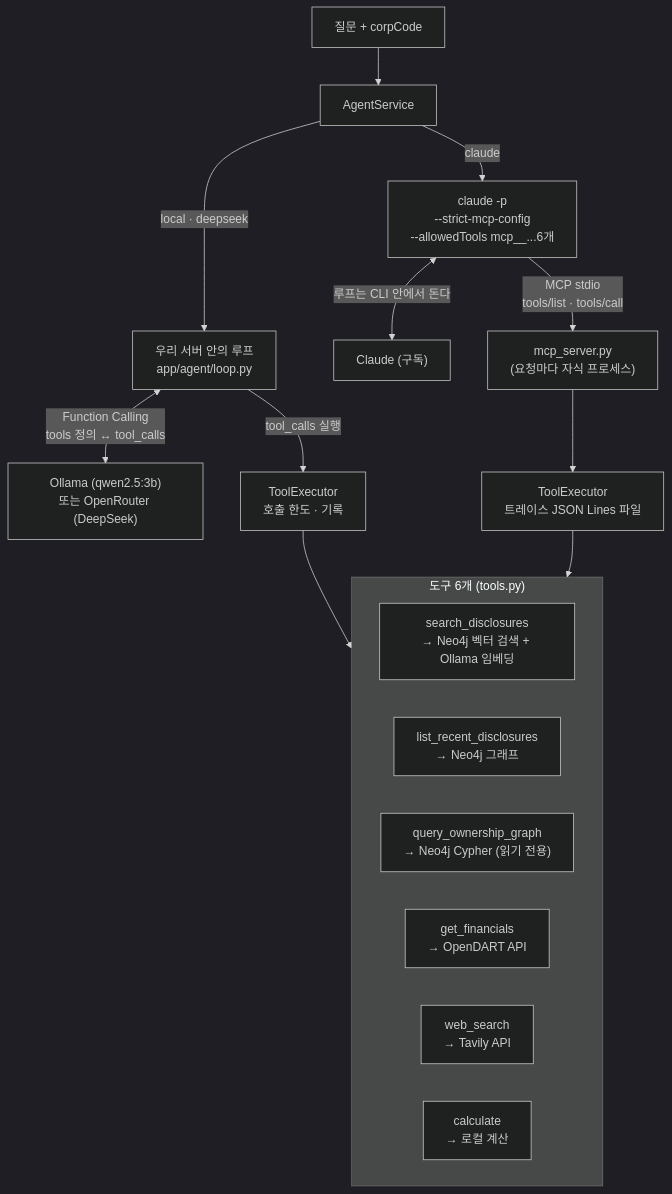
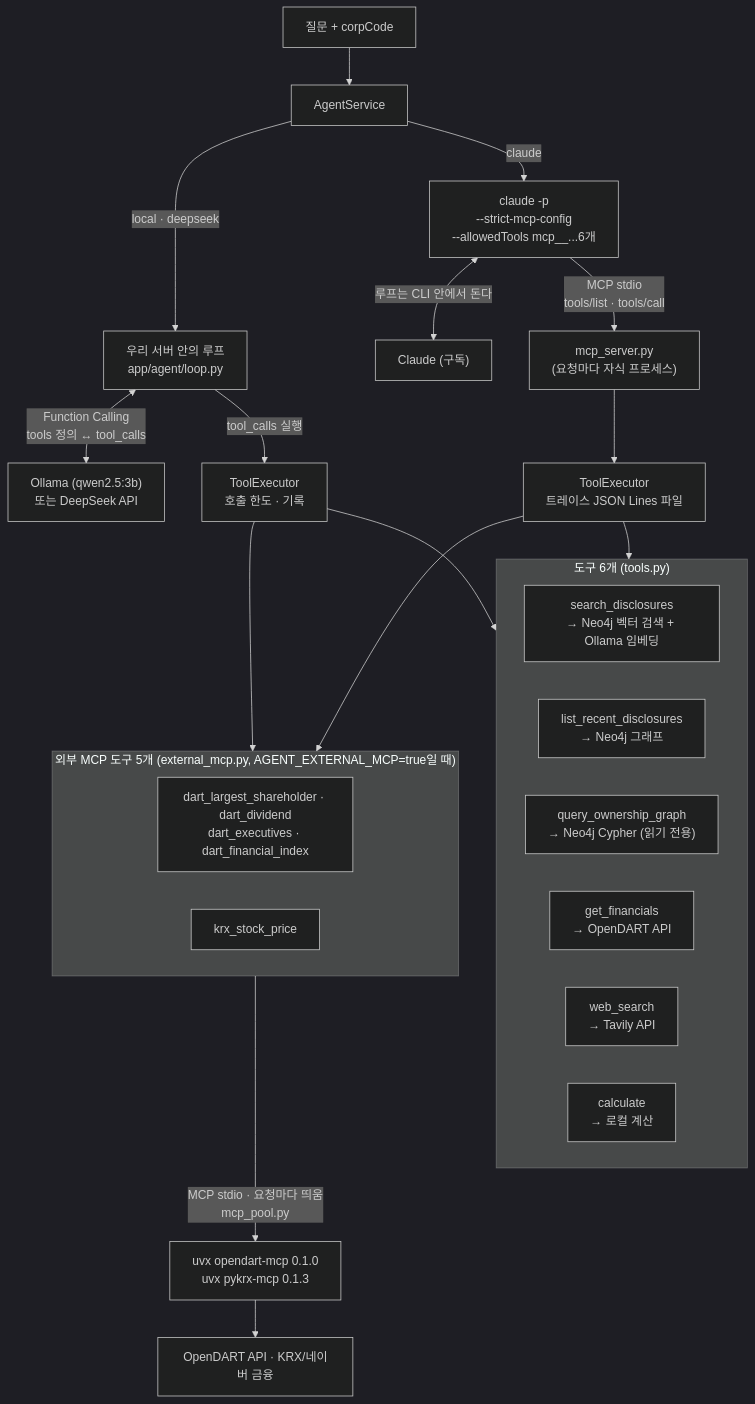
Before and after one commit to Daniel0915/rag-company-report-py: the third of 6 diagrams in docs/architecture.md, drawn with Mermaid (dark theme). The commit also changed other lines of this file and 2 other files, not shown here.

Commit message:
docs: 외부 MCP 도구 구조, 설정, 이력

````diff
--- a/docs/architecture.md
+++ b/docs/architecture.md
@@ -104,25 +109,34 @@
 ```mermaid
 flowchart TB
     q["질문 + corpCode"] --> svc["AgentService"]
 
     svc -->|"local · deepseek"| loop["우리 서버 안의 루프<br/>app/agent/loop.py"]
-    loop <-->|"Function Calling<br/>tools 정의 ↔ tool_calls"| model1["Ollama (qwen2.5:3b)<br/>또는 OpenRouter (DeepSeek)"]
+    loop <-->|"Function Calling<br/>tools 정의 ↔ tool_calls"| model1["Ollama (qwen2.5:3b)<br/>또는 DeepSeek API"]
     loop -->|"tool_calls 실행"| exec["ToolExecutor<br/>호출 한도 · 기록"]
 
     svc -->|"claude"| cliproc["claude -p<br/>--strict-mcp-config<br/>--allowedTools mcp__...6개"]
     cliproc <-->|"루프는 CLI 안에서 돈다"| model2["Claude (구독)"]
     cliproc -->|"MCP stdio<br/>tools/list · tools/call"| mcpsrv["mcp_server.py<br/>(요청마다 자식 프로세스)"]
     mcpsrv --> exec2["ToolExecutor<br/>트레이스 JSON Lines 파일"]
 
     exec --> T
     exec2 --> T
 
     subgraph T["도구 6개 (tools.py)"]
         t1["search_disclosures<br/>→ Neo4j 벡터 검색 + Ollama 임베딩"]
         t2["list_recent_disclosures<br/>→ Neo4j 그래프"]
         t3["query_ownership_graph<br/>→ Neo4j Cypher (읽기 전용)"]
         t4["get_financials<br/>→ OpenDART API"]
         t5["web_search<br/>→ Tavily API"]
         t6["calculate<br/>→ 로컬 계산"]
     end
+
+    subgraph X["외부 MCP 도구 5개 (external_mcp.py, AGENT_EXTERNAL_MCP=true일 때)"]
+        x1["dart_largest_shareholder · dart_dividend<br/>dart_executives · dart_financial_index"]
+        x2["krx_stock_price"]
+    end
+    exec --> X
+    exec2 --> X
+    X -->|"MCP stdio · 요청마다 띄움<br/>mcp_pool.py"| ext["uvx opendart-mcp 0.1.0<br/>uvx pykrx-mcp 0.1.3"]
+    ext --> extapi["OpenDART API · KRX/네이버 금융"]
 ```
````
